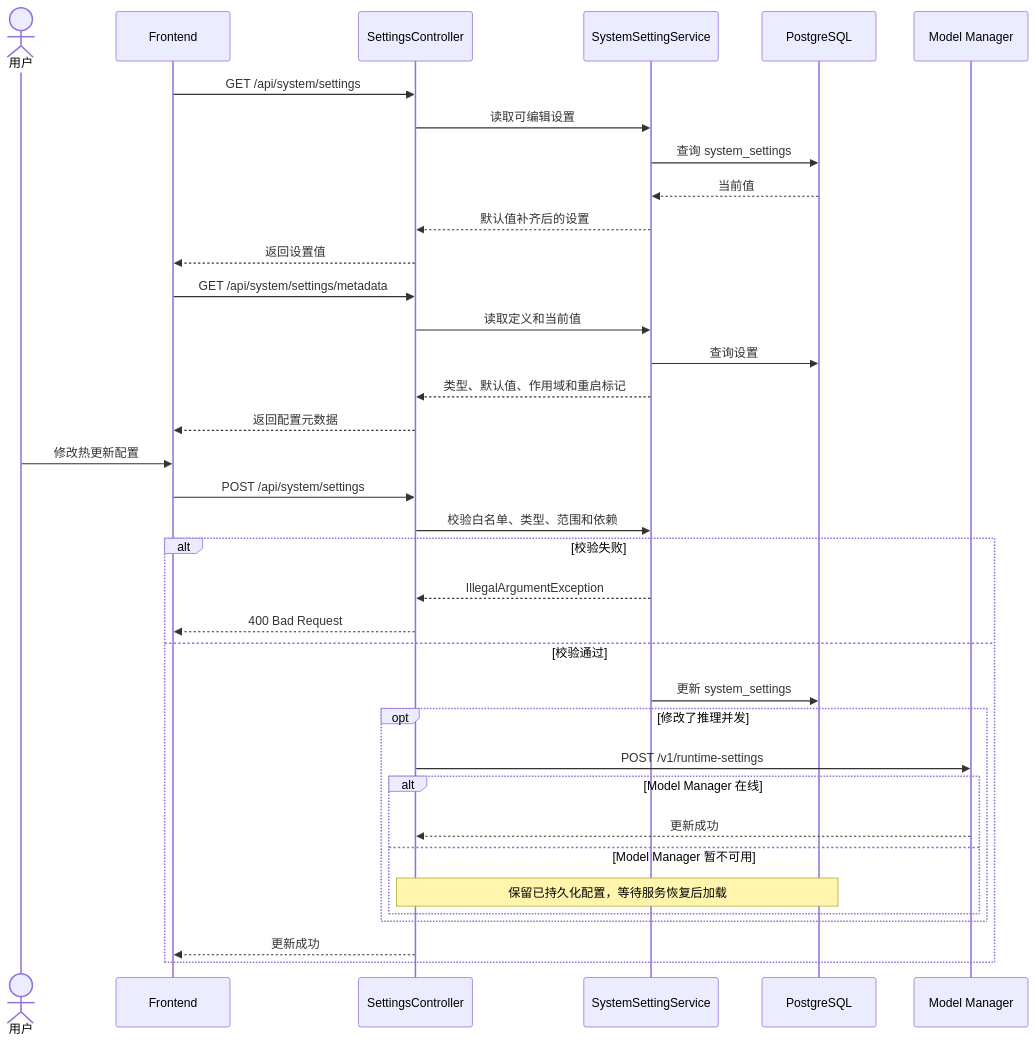
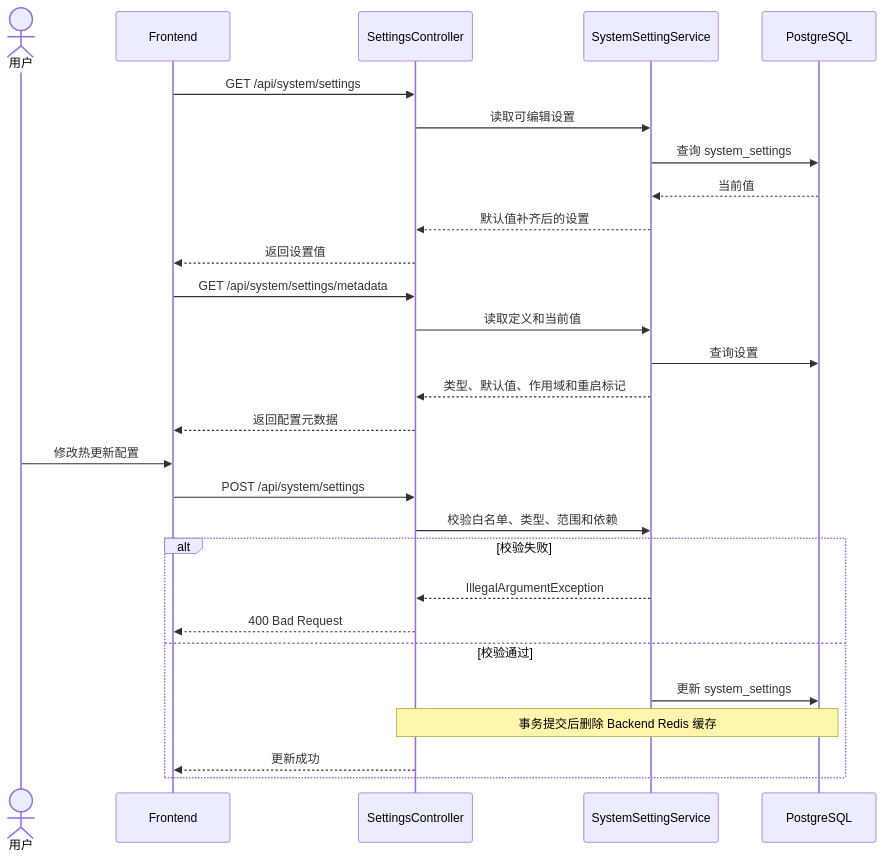
Before and after one commit to tamakara/bakabooru: the sixth of 7 diagrams in docs/architecture.md, drawn with Mermaid. The commit also changed other lines of this file and 19 other files, not shown here.

````diff
--- a/docs/architecture.md
+++ b/docs/architecture.md
@@ -152,41 +152,33 @@
 ```mermaid
 sequenceDiagram
     actor User as 用户
     participant UI as Frontend
     participant API as SettingsController
     participant Service as SystemSettingService
     participant DB as PostgreSQL
-    participant Manager as Model Manager
 
     UI->>API: GET /api/system/settings
     API->>Service: 读取可编辑设置
     Service->>DB: 查询 system_settings
     DB-->>Service: 当前值
     Service-->>API: 默认值补齐后的设置
     API-->>UI: 返回设置值
 
     UI->>API: GET /api/system/settings/metadata
     API->>Service: 读取定义和当前值
     Service->>DB: 查询设置
     Service-->>API: 类型、默认值、作用域和重启标记
     API-->>UI: 返回配置元数据
 
     User->>UI: 修改热更新配置
     UI->>API: POST /api/system/settings
     API->>Service: 校验白名单、类型、范围和依赖
     alt 校验失败
         Service-->>API: IllegalArgumentException
         API-->>UI: 400 Bad Request
     else 校验通过
         Service->>DB: 更新 system_settings
-        opt 修改了推理并发
-            API->>Manager: POST /v1/runtime-settings
-            alt Model Manager 在线
-                Manager-->>API: 更新成功
-            else Model Manager 暂不可用
-                Note over API,DB: 保留已持久化配置，等待服务恢复后加载
-            end
-        end
+        Note over API,DB: 事务提交后删除 Backend Redis 缓存
         API-->>UI: 更新成功
     end
 ```
````
